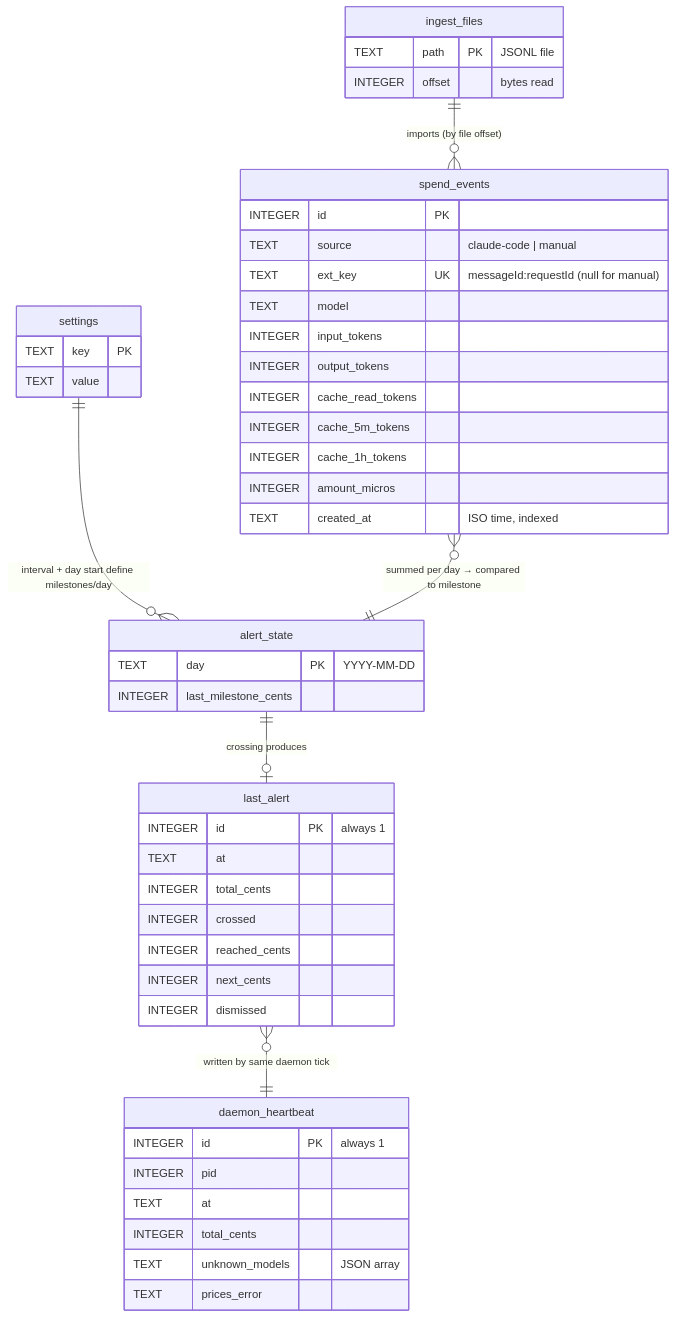
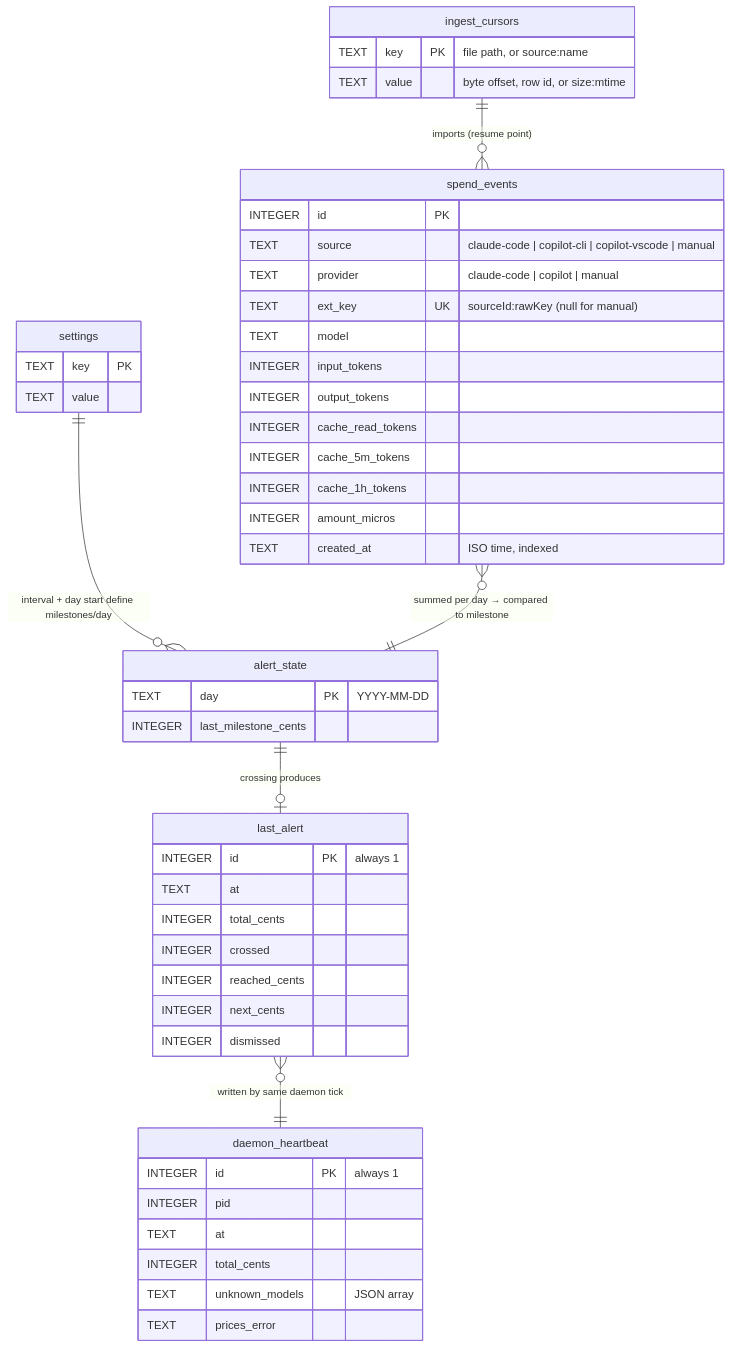
The diagram in docs/developer/data-model.md (KevinRebakure/BeAware), drawn with Mermaid before and after one commit. The commit also changed other lines of this file and 15 other files, not shown here.

Commit message:
add docs for copilot / claude

````diff
--- a/docs/developer/data-model.md
+++ b/docs/developer/data-model.md
@@ -18,51 +18,52 @@
 ```mermaid
 erDiagram
   spend_events {
     INTEGER id PK
-    TEXT source "claude-code | manual"
-    TEXT ext_key UK "messageId:requestId (null for manual)"
+    TEXT source "claude-code | copilot-cli | copilot-vscode | manual"
+    TEXT provider "claude-code | copilot | manual"
+    TEXT ext_key UK "sourceId:rawKey (null for manual)"
     TEXT model
     INTEGER input_tokens
     INTEGER output_tokens
     INTEGER cache_read_tokens
     INTEGER cache_5m_tokens
     INTEGER cache_1h_tokens
     INTEGER amount_micros
     TEXT created_at "ISO time, indexed"
   }
   settings {
     TEXT key PK
     TEXT value
   }
   alert_state {
     TEXT day PK "YYYY-MM-DD"
     INTEGER last_milestone_cents
   }
-  ingest_files {
-    TEXT path PK "JSONL file"
-    INTEGER offset "bytes read"
+  ingest_cursors {
+    TEXT key PK "file path, or source:name"
+    TEXT value "byte offset, row id, or size:mtime"
   }
   daemon_heartbeat {
     INTEGER id PK "always 1"
     INTEGER pid
     TEXT at
     INTEGER total_cents
     TEXT unknown_models "JSON array"
     TEXT prices_error
   }
   last_alert {
     INTEGER id PK "always 1"
     TEXT at
     INTEGER total_cents
     INTEGER crossed
     INTEGER reached_cents
     INTEGER next_cents
     INTEGER dismissed
   }
 
-  ingest_files ||--o{ spend_events : "imports (by file offset)"
+  ingest_cursors ||--o{ spend_events : "imports (resume point)"
   settings ||--o{ alert_state : "interval + day start define milestones/day"
   spend_events }o--|| alert_state : "summed per day → compared to milestone"
   alert_state ||--o| last_alert : "crossing produces"
   last_alert }o--|| daemon_heartbeat : "written by same daemon tick"
 ```
````
